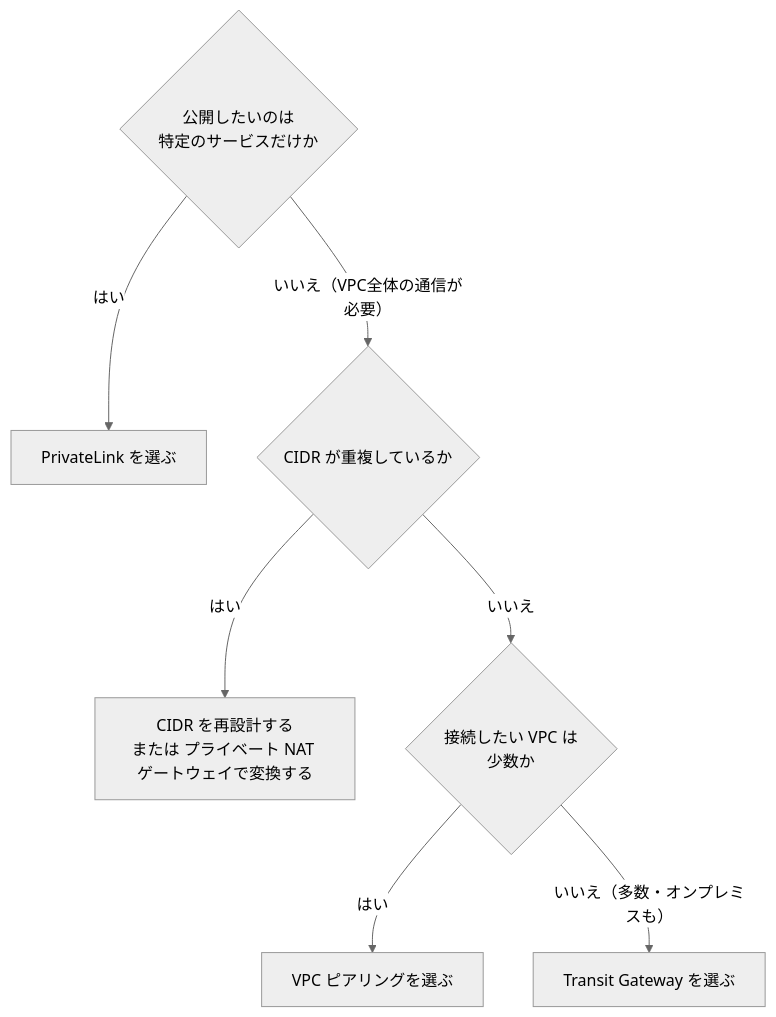
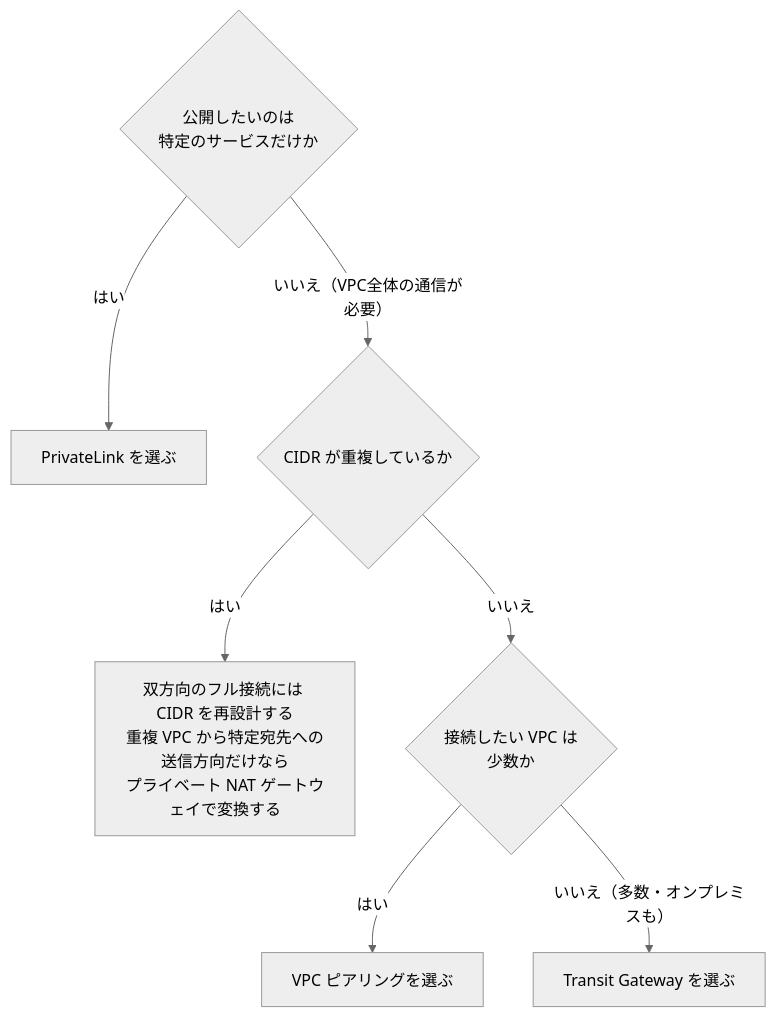
Before and after one commit to myoshi2891/Cloud-Infrastructure-and-Network-Studies: the ninth of 26 diagrams in Ans-c01-domain3-network-management-operation-guide.md, drawn with Mermaid (neutral theme). The commit also changed other lines of this file and 3 other files, not shown here.

````diff
--- a/Ans-c01-domain3-network-management-operation-guide.md
+++ b/Ans-c01-domain3-network-management-operation-guide.md
@@ -442,9 +442,9 @@
 ```mermaid
 flowchart TD
     Q1{"公開したいのは<br/>特定のサービスだけか"} -- "はい" --> PL["PrivateLink を選ぶ"]
     Q1 -- "いいえ（VPC全体の通信が必要）" --> Q2{"CIDR が重複しているか"}
-    Q2 -- "はい" --> RE["CIDR を再設計する<br/>または プライベート NAT ゲートウェイで変換する"]
+    Q2 -- "はい" --> RE["双方向のフル接続には CIDR を再設計する<br/>重複 VPC から特定宛先への送信方向だけなら<br/>プライベート NAT ゲートウェイで変換する"]
     Q2 -- "いいえ" --> Q3{"接続したい VPC は<br/>少数か"}
     Q3 -- "はい" --> PEER["VPC ピアリングを選ぶ"]
     Q3 -- "いいえ（多数・オンプレミスも）" --> TGW["Transit Gateway を選ぶ"]
 ```
````
